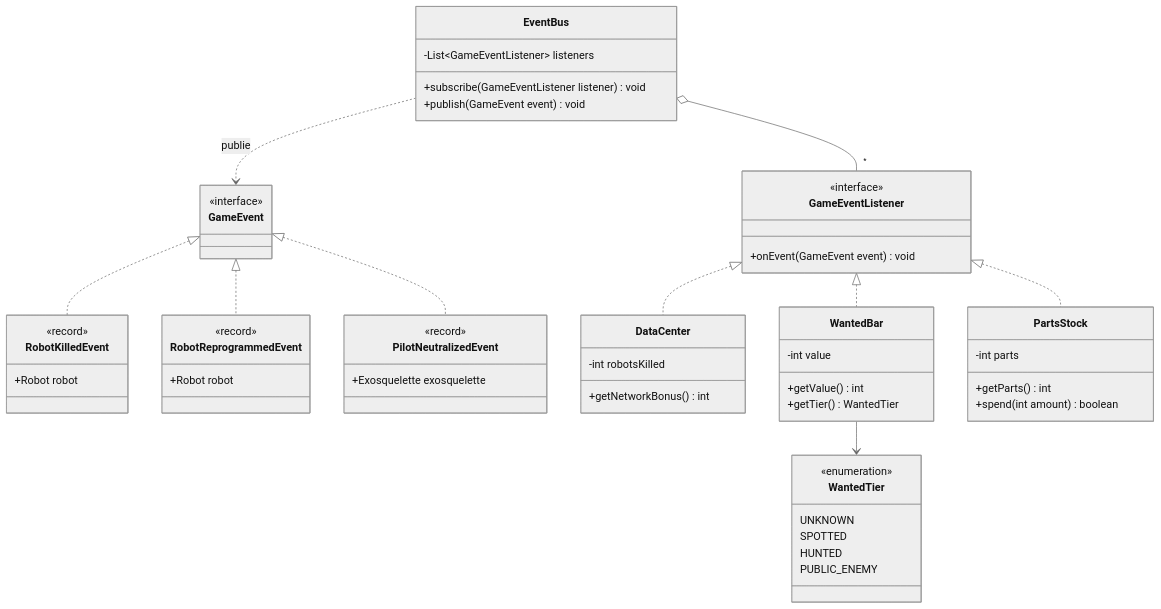
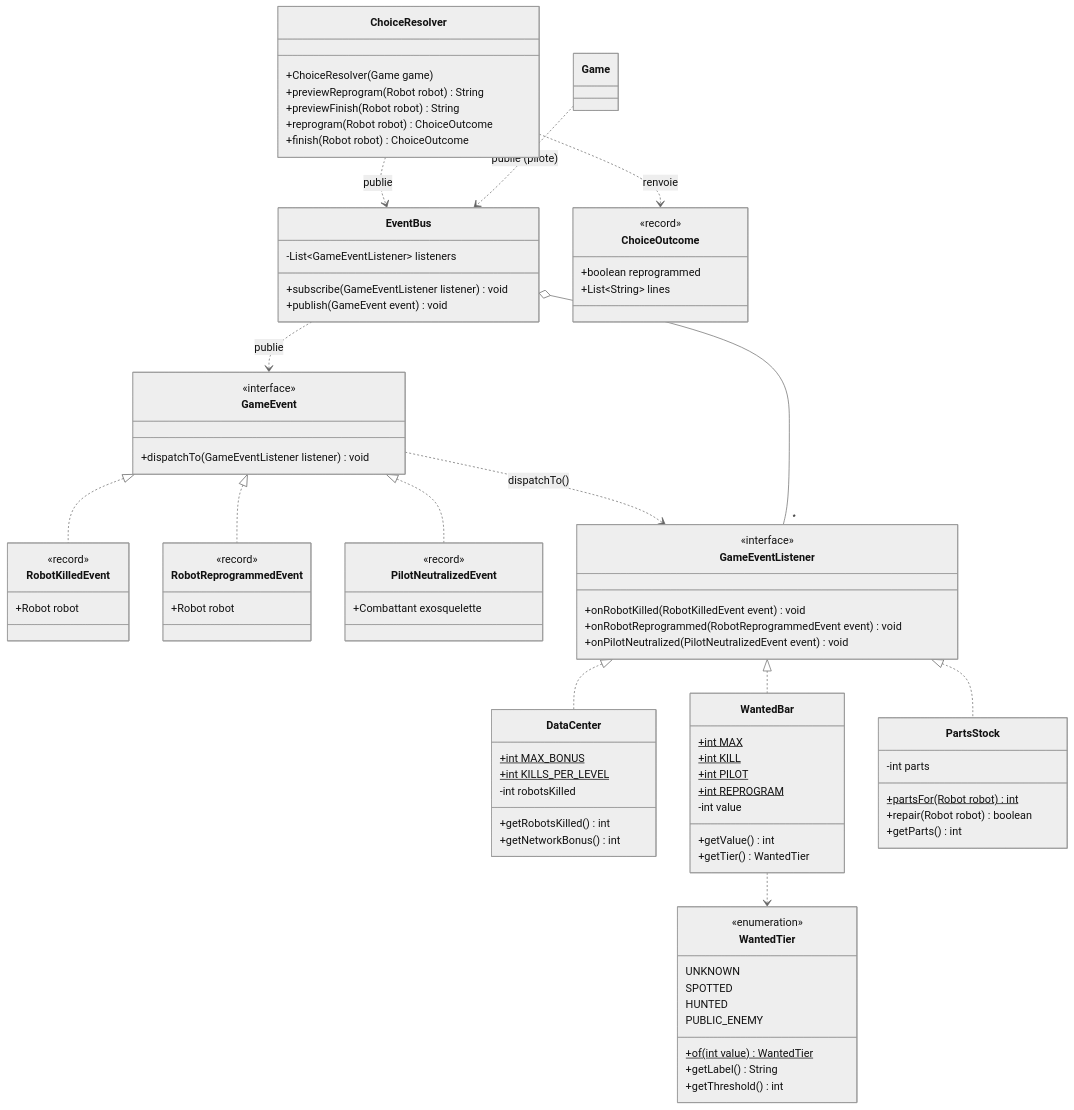
Before and after one commit to ValentinBassot/2D-Game: the fifth of 11 diagrams in docs/uml.md, drawn with Mermaid (neutral theme). The commit also changed other lines of this file, not shown here.

Commit message:
docs(uml): sync the UML diagrams with the current code

````diff
--- a/docs/uml.md
+++ b/docs/uml.md
@@ -300,6 +372,7 @@
 
     class GameEvent {
         <<interface>>
+        +dispatchTo(GameEventListener listener) void
     }
 
     class RobotKilledEvent {
@@ -314,12 +387,14 @@
 
     class PilotNeutralizedEvent {
         <<record>>
-        +Exosquelette exosquelette
+        +Combattant exosquelette
     }
 
     class GameEventListener {
         <<interface>>
-        +onEvent(GameEvent event) void
+        +onRobotKilled(RobotKilledEvent event) void
+        +onRobotReprogrammed(RobotReprogrammedEvent event) void
+        +onPilotNeutralized(PilotNeutralizedEvent event) void
     }
 
     class EventBus {
@@ -328,12 +403,33 @@
         +publish(GameEvent event) void
     }
 
+    class ChoiceResolver {
+        +ChoiceResolver(Game game)
+        +previewReprogram(Robot robot) String
+        +previewFinish(Robot robot) String
+        +reprogram(Robot robot) ChoiceOutcome
+        +finish(Robot robot) ChoiceOutcome
+    }
+
+    class ChoiceOutcome {
+        <<record>>
+        +boolean reprogrammed
+        +List~String~ lines
+    }
+
     class DataCenter {
+        +int MAX_BONUS$
+        +int KILLS_PER_LEVEL$
         -int robotsKilled
+        +getRobotsKilled() int
         +getNetworkBonus() int
     }
 
     class WantedBar {
+        +int MAX$
+        +int KILL$
+        +int PILOT$
+        +int REPROGRAM$
         -int value
         +getValue() int
         +getTier() WantedTier
@@ -345,21 +441,29 @@
         SPOTTED
         HUNTED
         PUBLIC_ENEMY
+        +of(int value)$ WantedTier
+        +getLabel() String
+        +getThreshold() int
     }
 
     class PartsStock {
         -int parts
+        +partsFor(Robot robot)$ int
+        +repair(Robot robot) boolean
         +getParts() int
-        +spend(int amount) boolean
     }
 
     GameEvent <|.. RobotKilledEvent
     GameEvent <|.. RobotReprogrammedEvent
     GameEvent <|.. PilotNeutralizedEvent
+    GameEvent ..> GameEventListener : dispatchTo()
     EventBus o-- "*" GameEventListener
     EventBus ..> GameEvent : publie
+    ChoiceResolver ..> EventBus : publie
+    Game ..> EventBus : publie (pilote)
+    ChoiceResolver ..> ChoiceOutcome : renvoie
     GameEventListener <|.. DataCenter
     GameEventListener <|.. WantedBar
     GameEventListener <|.. PartsStock
-    WantedBar --> WantedTier
+    WantedBar ..> WantedTier
 ```
````
